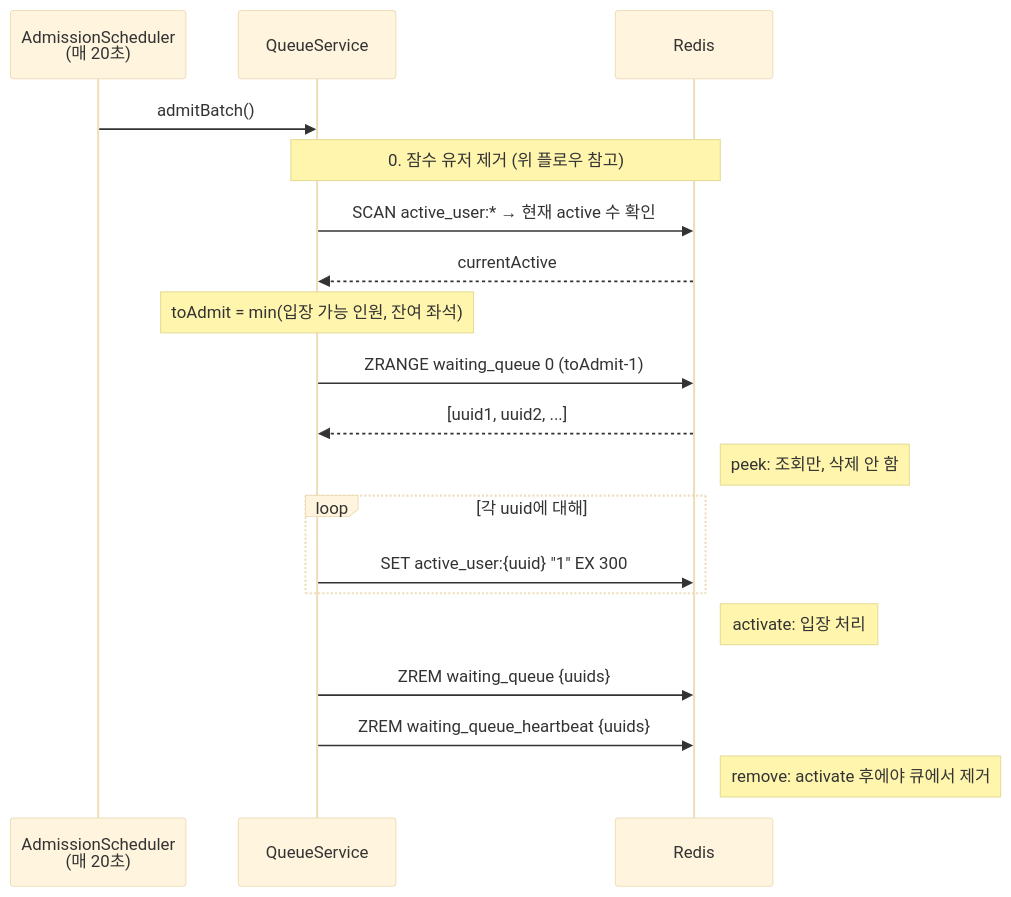
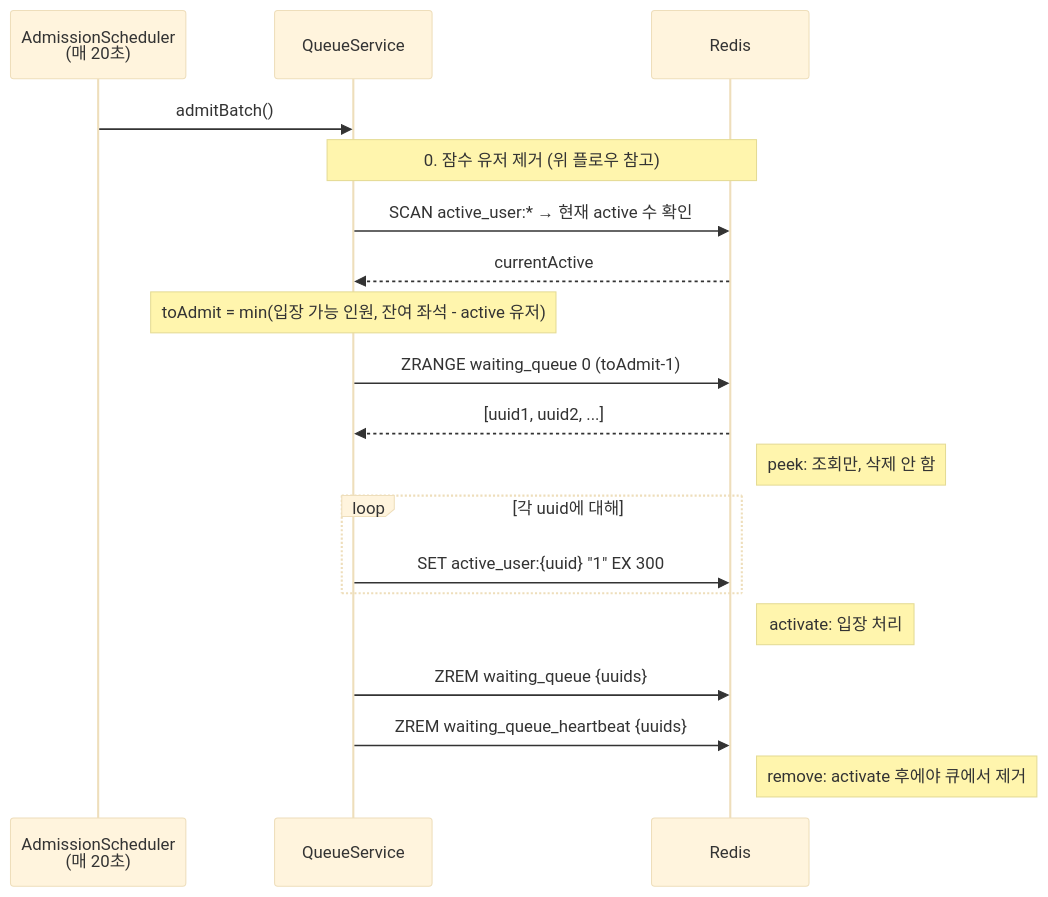
The fourth of 7 diagrams in README.md (irnd04/zticket), drawn with Mermaid (base theme) before and after one commit. The commit also changed other lines of this file and 6 other files, not shown here.

````diff
--- a/README.md
+++ b/README.md
@@ -128,28 +128,28 @@
 ```mermaid
 sequenceDiagram
     participant S as AdmissionScheduler<br/>(매 20초)
     participant Q as QueueService
     participant R as Redis
 
     S->>Q: admitBatch()
 
     Note over Q,R: 0. 잠수 유저 제거 (위 플로우 참고)
 
     Q->>R: SCAN active_user:* → 현재 active 수 확인
     R-->>Q: currentActive
 
-    Note over Q: toAdmit = min(입장 가능 인원, 잔여 좌석)
+    Note over Q: toAdmit = min(입장 가능 인원, 잔여 좌석 - active 유저)
 
     Q->>R: ZRANGE waiting_queue 0 (toAdmit-1)
     R-->>Q: [uuid1, uuid2, ...]
     Note right of R: peek: 조회만, 삭제 안 함
 
     loop 각 uuid에 대해
         Q->>R: SET active_user:{uuid} "1" EX 300
     end
     Note right of R: activate: 입장 처리
 
     Q->>R: ZREM waiting_queue {uuids}
     Q->>R: ZREM waiting_queue_heartbeat {uuids}
     Note right of R: remove: activate 후에야 큐에서 제거
 ```
````
